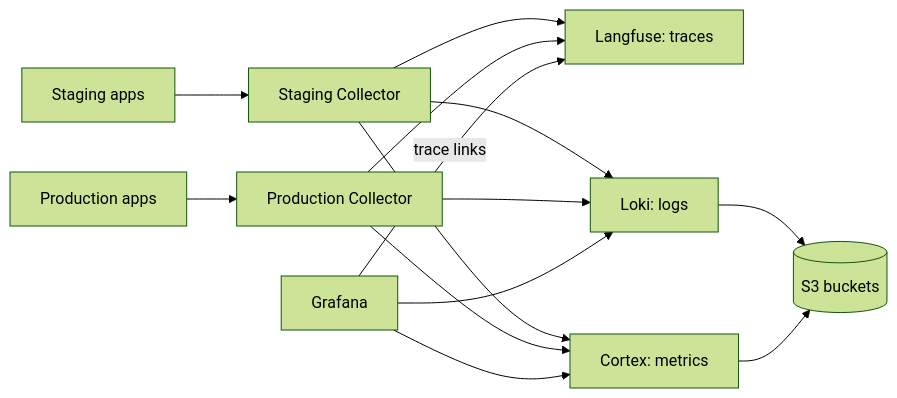
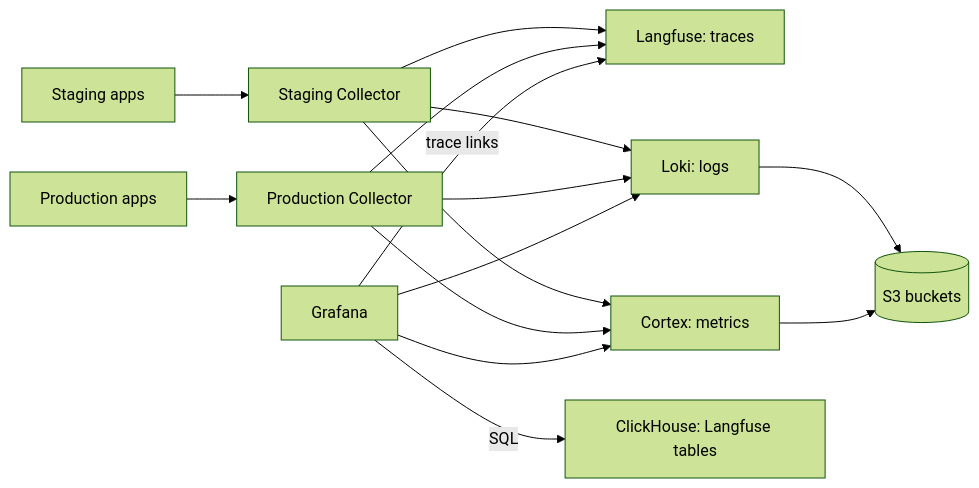
The diagram in docs/runbooks/observability.md (the-liems/relohome), drawn with Mermaid (forest theme) before and after one commit. The commit also changed other lines of this file and 2 other files, not shown here.

Commit message:
feat(observability): provision Grafana ClickHouse datasource

````diff
--- a/docs/runbooks/observability.md
+++ b/docs/runbooks/observability.md
@@ -10,12 +10,13 @@
 ```mermaid
 flowchart LR
     S[Staging apps] --> SC[Staging Collector]
     P[Production apps] --> PC[Production Collector]
     SC & PC --> LF[Langfuse: traces]
     SC & PC --> L[Loki: logs]
     SC & PC --> M[Cortex: metrics]
     L & M --> S3[(S3 buckets)]
     G[Grafana] --> L
     G --> M
+    G -->|SQL| CH[ClickHouse: Langfuse tables]
     G -->|trace links| LF
 ```
````
